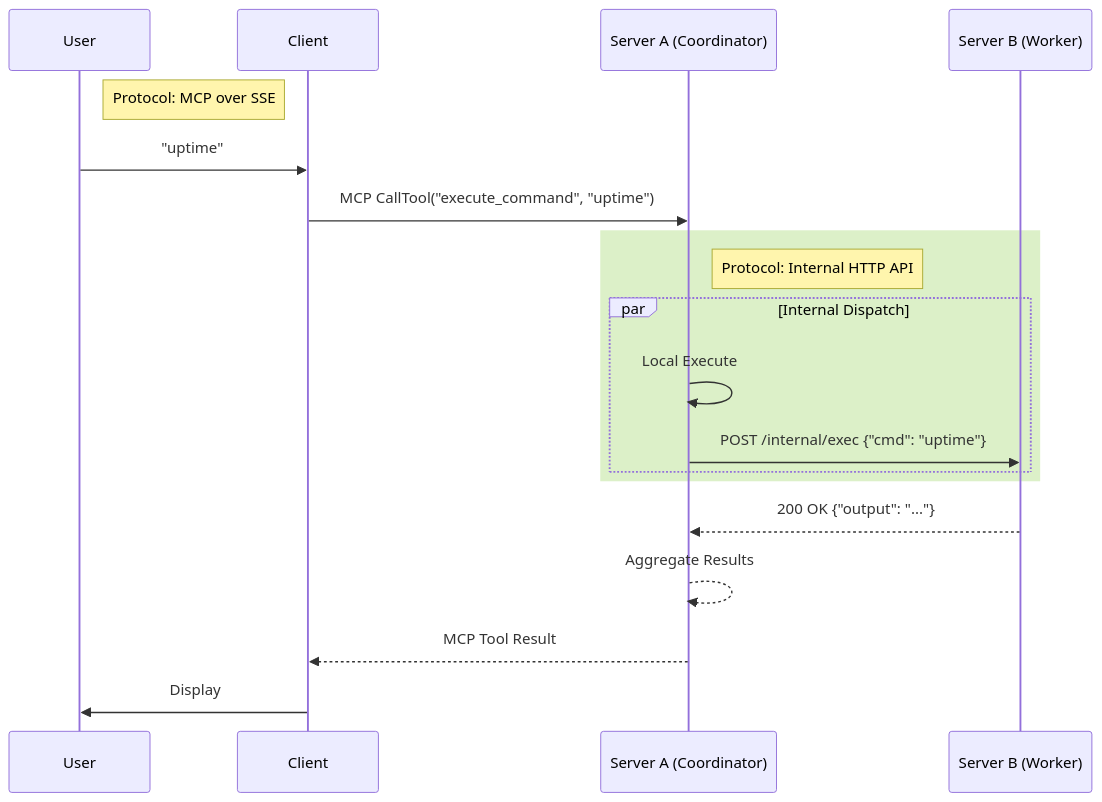
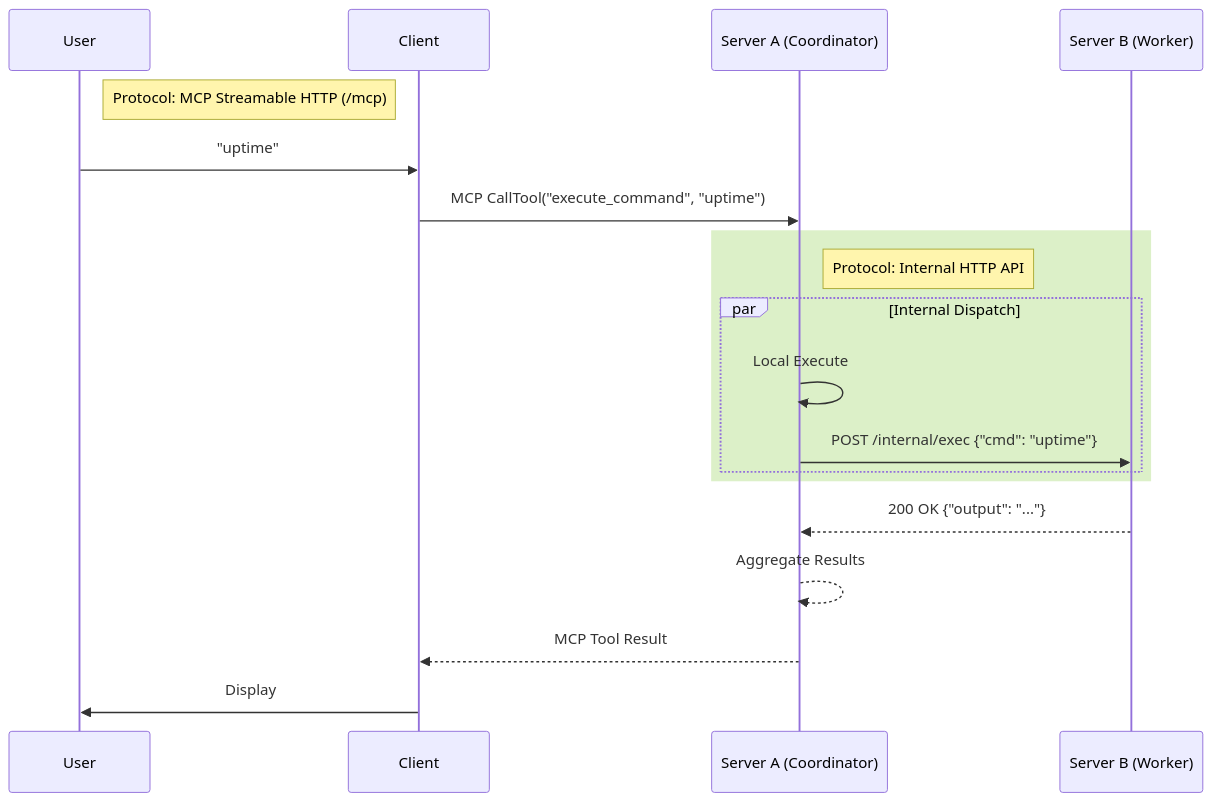
Before and after one commit to AceDarkknight/shell-executor-mcp: the second of 3 diagrams in docs/architecture.md, drawn with Mermaid. The commit also changed other lines of this file and 19 other files, not shown here.

````diff
--- a/docs/architecture.md
+++ b/docs/architecture.md
@@ -133,25 +133,25 @@
 ```mermaid
 sequenceDiagram
     participant User
     participant Client
     participant ServerA as Server A (Coordinator)
     participant ServerB as Server B (Worker)
 
-    note left of Client: Protocol: MCP over SSE
+    note left of Client: Protocol: MCP Streamable HTTP (/mcp)
     User->>Client: "uptime"
     Client->>ServerA: MCP CallTool("execute_command", "uptime")
 
     rect rgb(220, 240, 200)
         note right of ServerA: Protocol: Internal HTTP API
         par Internal Dispatch
             ServerA->>ServerA: Local Execute
             ServerA->>ServerB: POST /internal/exec {"cmd": "uptime"}
         end
     end
 
     ServerB-->>ServerA: 200 OK {"output": "..."}
     ServerA-->>ServerA: Aggregate Results
 
     ServerA-->>Client: MCP Tool Result
     Client->>User: Display
 ```
````
